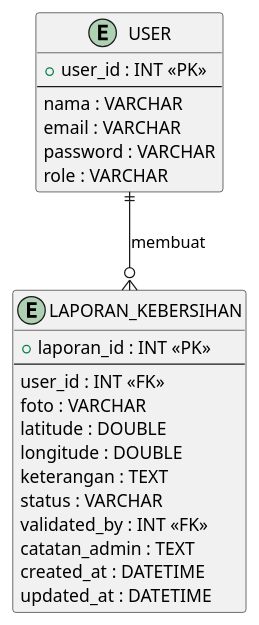
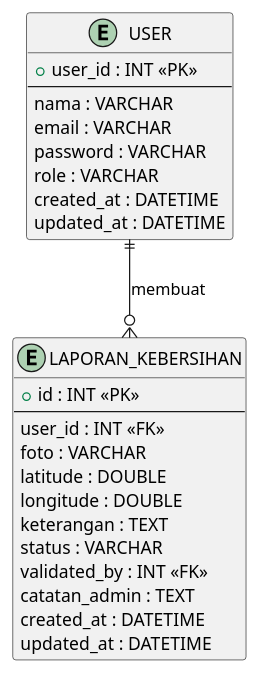
One commit to C-PPAW-TI503P-2025/PROJECT_KELOMPOK3_LOKASIDANKAMERA changed the diagram in UML/ERD.puml. Above: the diagram before and after it, drawn with PlantUML. The commit also changed 1 other file, not shown here.

Commit message:
Fix ERD diagram (PlantUML)

```diff
--- a/UML/ERD.puml
+++ b/UML/ERD.puml
@@ -1,27 +1,29 @@
 @startuml ERD
 entity USER {
     + user_id : INT <<PK>>
     --
     nama : VARCHAR
     email : VARCHAR
     password : VARCHAR
     role : VARCHAR
+    created_at : DATETIME
+    updated_at : DATETIME
 }
 
 entity LAPORAN_KEBERSIHAN {
-    + laporan_id : INT <<PK>>
+    + id : INT <<PK>>
     --
     user_id : INT <<FK>>
     foto : VARCHAR
     latitude : DOUBLE
     longitude : DOUBLE
     keterangan : TEXT
     status : VARCHAR
     validated_by : INT <<FK>>
     catatan_admin : TEXT
     created_at : DATETIME
     updated_at : DATETIME
 }
 
 USER ||--o{ LAPORAN_KEBERSIHAN : membuat
 @enduml
```
